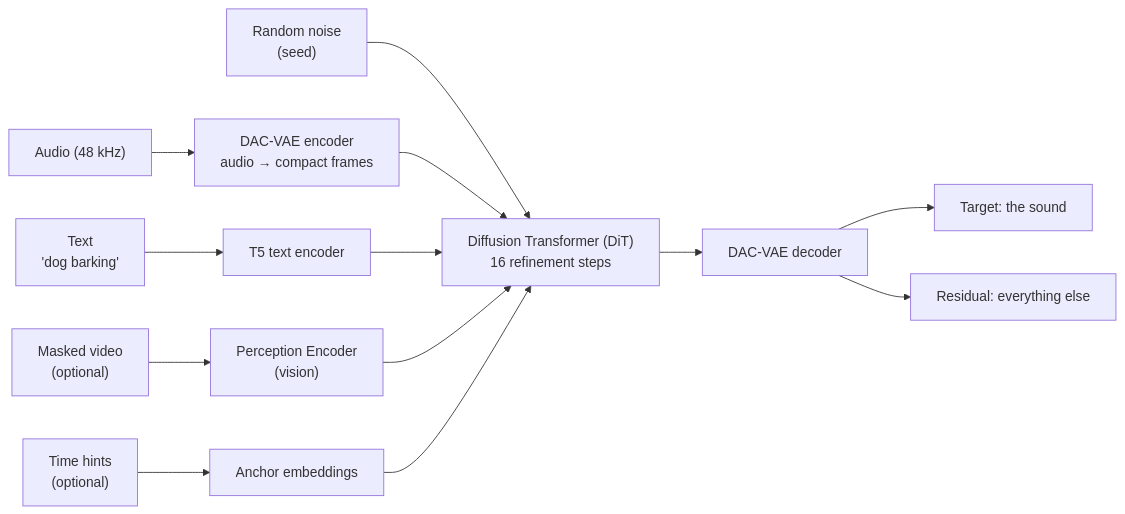
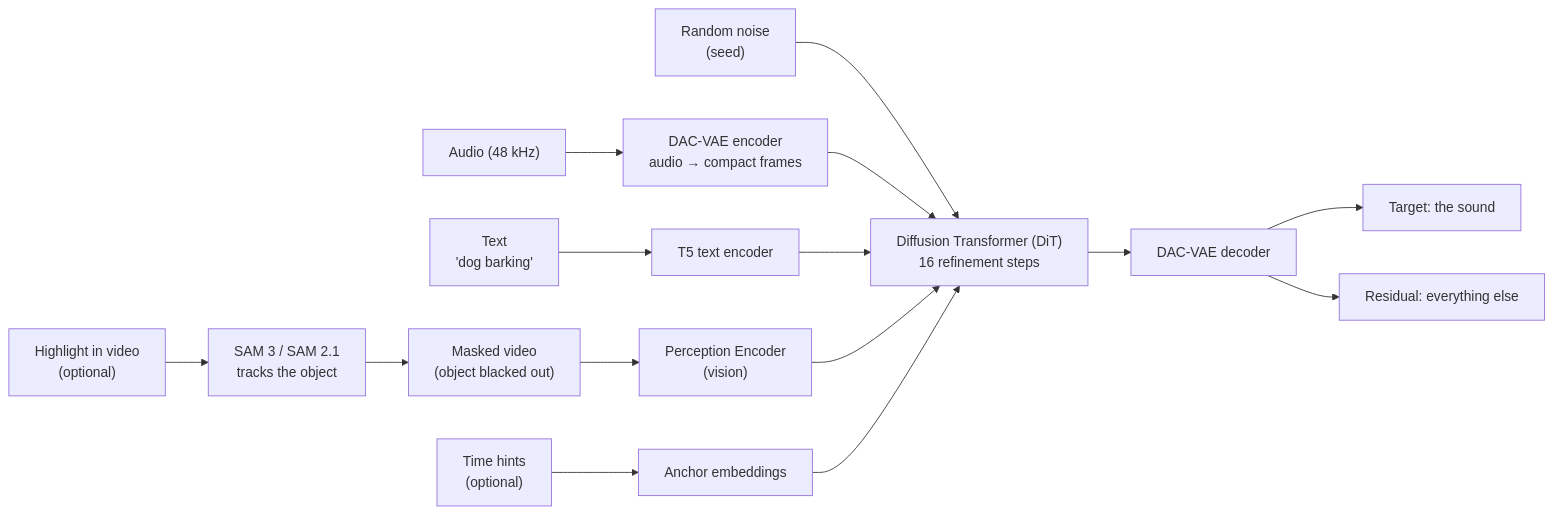
The first of 2 diagrams in src/audio_forensic/web/static/models.md (hrmiitm/audio-forensic), drawn with Mermaid before and after one commit. The commit also changed other lines of this file and 13 other files, not shown here.

First line of the commit message:
Highlight in video: track the sound source with SAM 3 / SAM 2.1

````diff
--- a/src/audio_forensic/web/static/models.md
+++ b/src/audio_forensic/web/static/models.md
@@ -42,15 +42,17 @@
 ```mermaid
 flowchart LR
   A["Audio (48 kHz)"] --> ENC["DAC-VAE encoder<br/>audio → compact frames"]
   T["Text<br/>'dog barking'"] --> T5["T5 text encoder"]
-  V["Masked video<br/>(optional)"] --> PE["Perception Encoder<br/>(vision)"]
+  HL["Highlight in video<br/>(optional)"] --> SAM["SAM 3 / SAM 2.1<br/>tracks the object"]
+  SAM --> V["Masked video<br/>(object blacked out)"]
+  V --> PE["Perception Encoder<br/>(vision)"]
   H["Time hints<br/>(optional)"] --> AN["Anchor embeddings"]
   N["Random noise<br/>(seed)"] --> DIT
   ENC --> DIT["Diffusion Transformer (DiT)<br/>16 refinement steps"]
   T5 --> DIT
   PE --> DIT
   AN --> DIT
   DIT --> DEC["DAC-VAE decoder"]
   DEC --> TG["Target: the sound"]
   DEC --> RS["Residual: everything else"]
 ```
````
